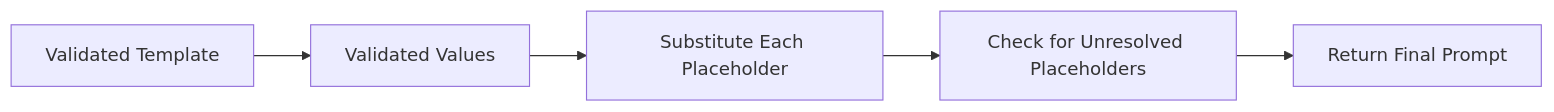
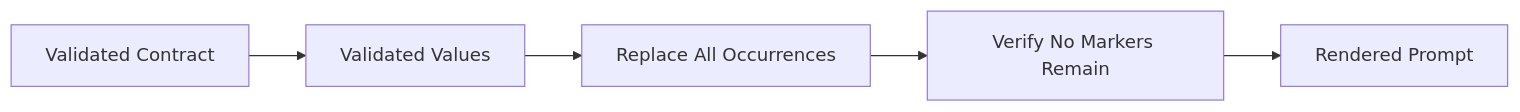
The third of 5 diagrams in 1_Bro_Became_AI_Engineer/01_Daily_Learning/Week_01/02_Prompt_Contracts/Project/prompt-contract-lab/docs/PROMPT_CONTRACT_LAB_PROJECT_NOTE.md (mzaid-dev/Bro_to_FAANG-exe), drawn with Mermaid before and after one commit. The commit also changed other lines of this file and 1 other file, not shown here.

Commit message:
docs(prompt-contract-lab): polish README and project documentation

````diff
--- a/1_Bro_Became_AI_Engineer/01_Daily_Learning/Week_01/02_Prompt_Contracts/Project/prompt-contract-lab/docs/PROMPT_CONTRACT_LAB_PROJECT_NOTE.md
+++ b/1_Bro_Became_AI_Engineer/01_Daily_Learning/Week_01/02_Prompt_Contracts/Project/prompt-contract-lab/docs/PROMPT_CONTRACT_LAB_PROJECT_NOTE.md
@@ -755,7 +380,7 @@
 ```mermaid
 flowchart LR
-    A["Validated Template"] --> B["Validated Values"]
-    B --> C["Substitute Each Placeholder"]
-    C --> D["Check for Unresolved Placeholders"]
-    D --> E["Return Final Prompt"]
+    A["Validated Contract"] --> B["Validated Values"]
+    B --> C["Replace All Occurrences"]
+    C --> D["Verify No Markers Remain"]
+    D --> E["Rendered Prompt"]
 ```
````
